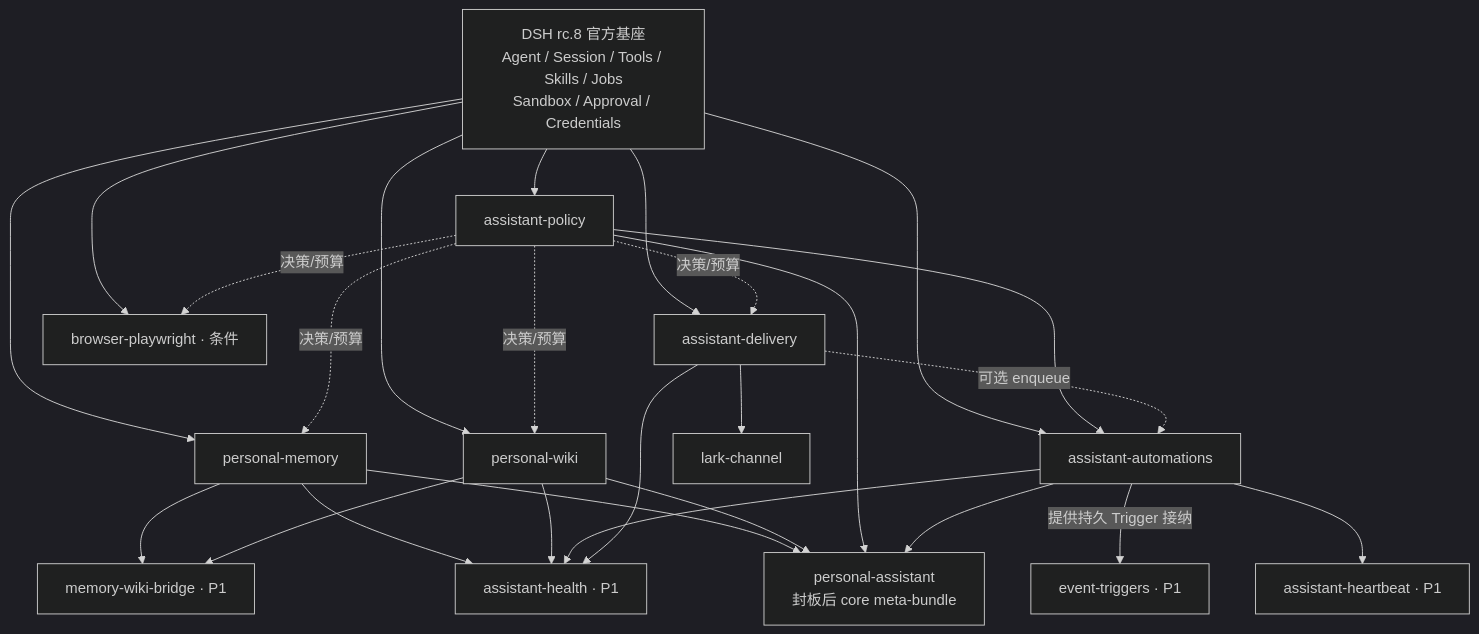
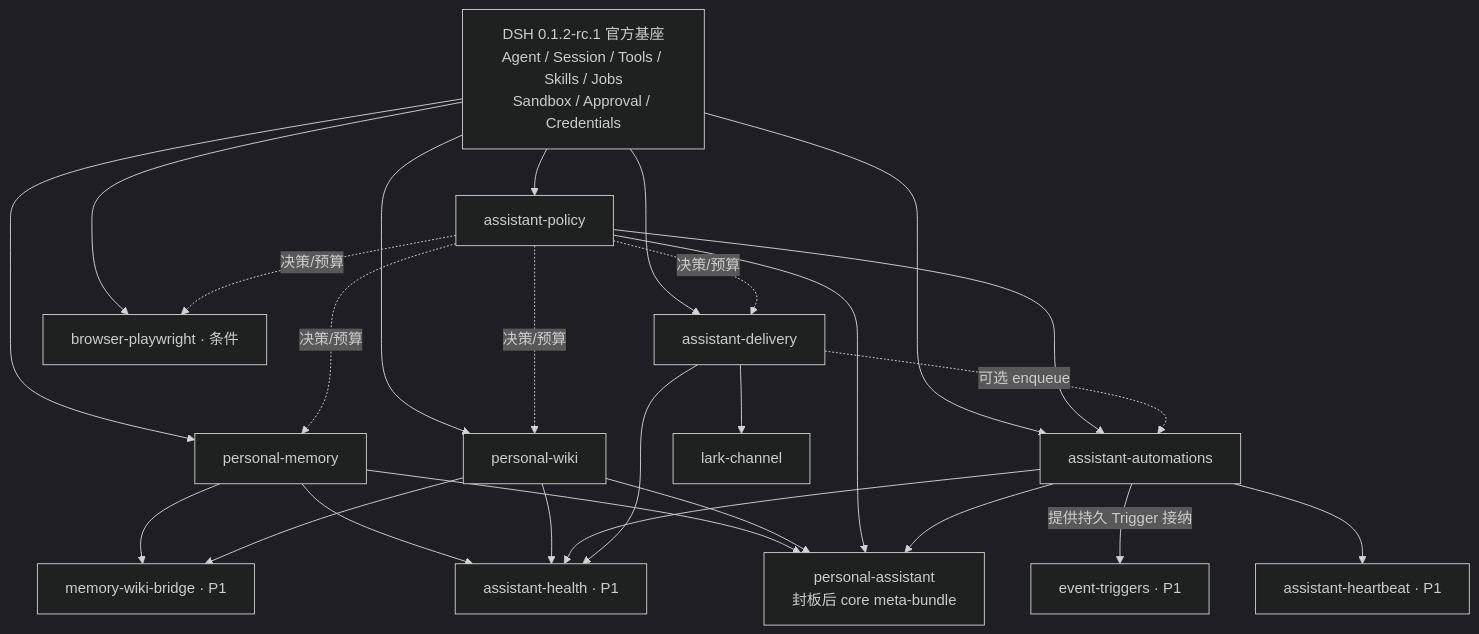
Before and after one commit to 22-ai-00/dsh-enhanced: the diagram in docs/dsh-personal-assistant-self-built-plugin-roadmap.md, drawn with Mermaid (dark theme). The commit also changed other lines of this file and 121 other files, not shown here.

````diff
--- a/docs/dsh-personal-assistant-self-built-plugin-roadmap.md
+++ b/docs/dsh-personal-assistant-self-built-plugin-roadmap.md
@@ -88,42 +88,42 @@
 ```mermaid
 flowchart TD
-  DSH[DSH rc.8 官方基座<br/>Agent / Session / Tools / Skills / Jobs<br/>Sandbox / Approval / Credentials]
+  DSH[DSH 0.1.2-rc.1 官方基座<br/>Agent / Session / Tools / Skills / Jobs<br/>Sandbox / Approval / Credentials]
   MEM[personal-memory]
   WIKI[personal-wiki]
   POLICY[assistant-policy]
   DELIVERY[assistant-delivery]
   AUTO[assistant-automations]
   LARK[lark-channel]
   HEART[assistant-heartbeat · P1]
   WATCH[event-triggers · P1]
   BROWSER[browser-playwright · 条件]
   BRIDGE[memory-wiki-bridge · P1]
   HEALTH[assistant-health · P1]
   META[personal-assistant<br/>封板后 core meta-bundle]
 
   DSH --> MEM
   DSH --> WIKI
   DSH --> POLICY
   DSH --> DELIVERY
   DSH --> AUTO
   POLICY --> AUTO
   DELIVERY --> LARK
   DELIVERY -. 可选 enqueue .-> AUTO
   AUTO -->|提供持久 Trigger 接纳| WATCH
   AUTO --> HEART
   MEM --> BRIDGE
   WIKI --> BRIDGE
   DSH --> BROWSER
   POLICY -. 决策/预算 .-> MEM
   POLICY -. 决策/预算 .-> WIKI
   POLICY -. 决策/预算 .-> DELIVERY
   POLICY -. 决策/预算 .-> BROWSER
   MEM --> HEALTH
   WIKI --> HEALTH
   AUTO --> HEALTH
   DELIVERY --> HEALTH
   MEM --> META
   WIKI --> META
   POLICY --> META
   AUTO --> META
 ```
````
